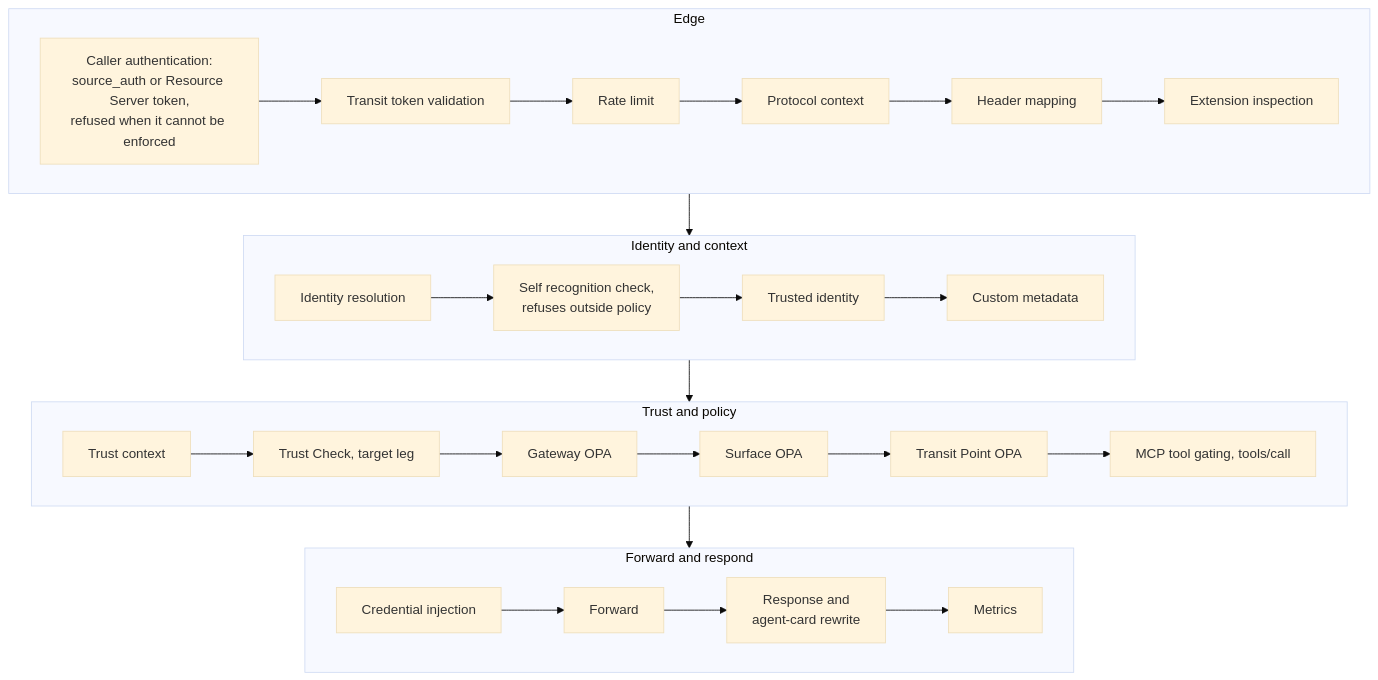
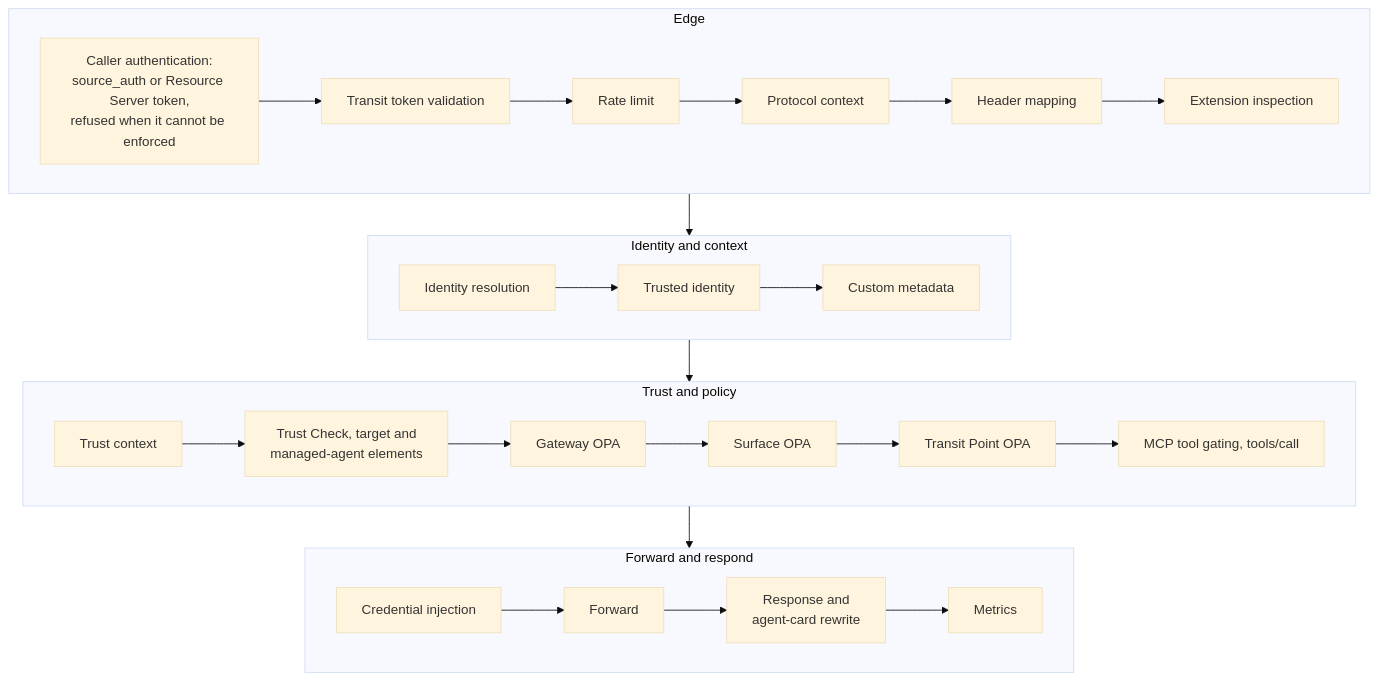
One commit to affinidi-ai/agent-gateway changed the second of 4 diagrams in ARCHITECTURE.md. Above: the diagram before and after it, drawn with Mermaid (base theme). The commit also changed other lines of this file and 38 other files, not shown here.

First line of the commit message:
feat: check a Transit Point's managed agent with a Trust Check that policy decides

````diff
--- a/ARCHITECTURE.md
+++ b/ARCHITECTURE.md
@@ -187,20 +187,20 @@
 ```mermaid
 flowchart TB
     subgraph E["Edge"]
         direction LR
         AR["Caller authentication:<br/>source_auth or Resource Server token,<br/>refused when it cannot be enforced"] --> A0[Transit token validation] --> A2[Rate limit] --> A3[Protocol context] --> A4[Header mapping] --> A5[Extension inspection]
     end
     subgraph I["Identity and context"]
         direction LR
-        B1[Identity resolution] --> B1a["Self recognition check,<br/>refuses outside policy"] --> B2[Trusted identity] --> B3[Custom metadata]
+        B1[Identity resolution] --> B2[Trusted identity] --> B3[Custom metadata]
     end
     subgraph P["Trust and policy"]
         direction LR
-        C0[Trust context] --> C1["Trust Check, target leg"] --> C2[Gateway OPA] --> C3[Surface OPA] --> C4[Transit Point OPA] --> C5["MCP tool gating, tools/call"]
+        C0[Trust context] --> C1["Trust Check, target and<br/>managed-agent elements"] --> C2[Gateway OPA] --> C3[Surface OPA] --> C4[Transit Point OPA] --> C5["MCP tool gating, tools/call"]
     end
     subgraph F["Forward and respond"]
         direction LR
         D0[Credential injection] --> D1[Forward] --> D2["Response and<br/>agent-card rewrite"] --> D3[Metrics]
     end
     E --> I --> P --> F
 ```
````
